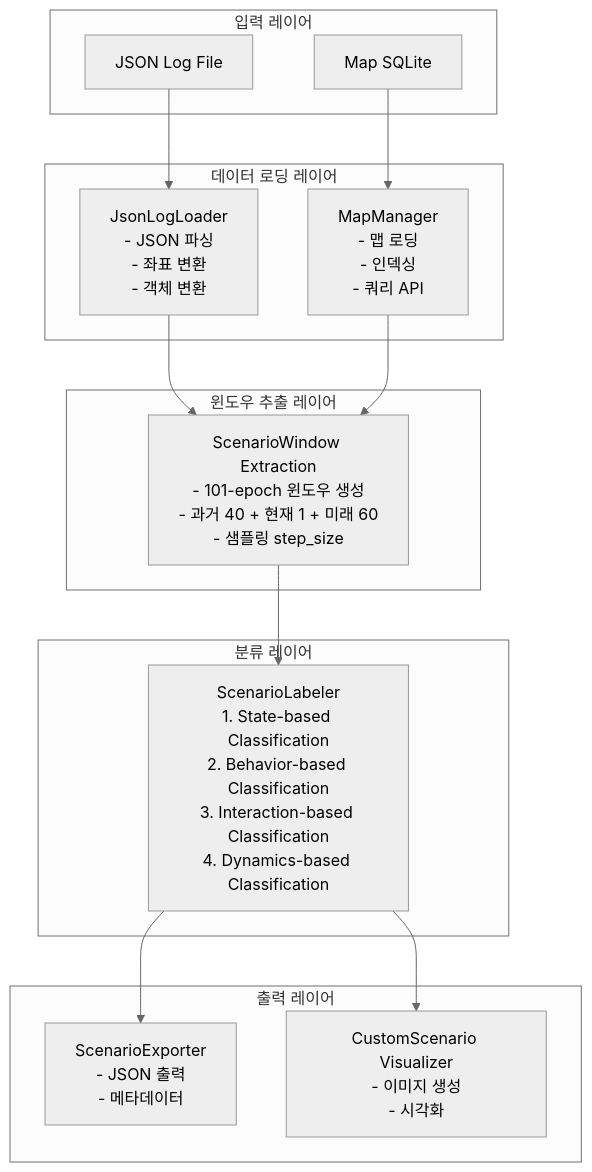
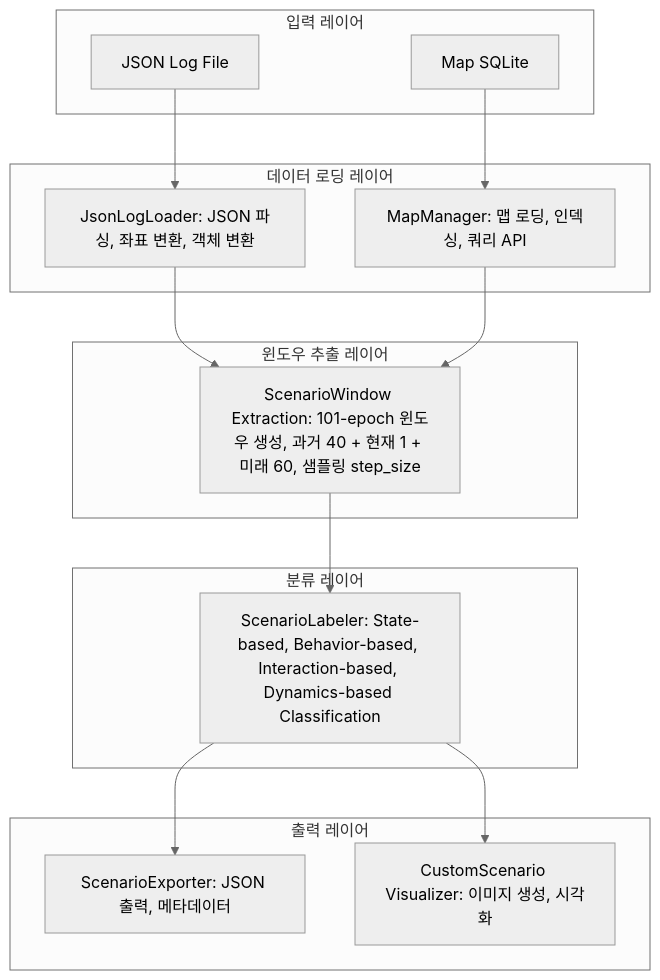
One commit to etri/ad_scenario_classifier changed the first of 9 diagrams in doc/01_architecture.md. Above: the diagram before and after it, drawn with Mermaid (neutral theme). The commit also changed other lines of this file and 5 other files, not shown here.

````diff
--- a/doc/01_architecture.md
+++ b/doc/01_architecture.md
@@ -9,33 +9,33 @@
 ```mermaid
 flowchart TD
     subgraph InputLayer["입력 레이어"]
         A[JSON Log File]
         B[Map SQLite]
     end
     
     subgraph LoadingLayer["데이터 로딩 레이어"]
-        C[JsonLogLoader<br/>- JSON 파싱<br/>- 좌표 변환<br/>- 객체 변환]
-        D[MapManager<br/>- 맵 로딩<br/>- 인덱싱<br/>- 쿼리 API]
+        C["JsonLogLoader: JSON 파싱, 좌표 변환, 객체 변환"]
+        D["MapManager: 맵 로딩, 인덱싱, 쿼리 API"]
     end
     
     subgraph WindowLayer["윈도우 추출 레이어"]
-        E[ScenarioWindow Extraction<br/>- 101-epoch 윈도우 생성<br/>- 과거 40 + 현재 1 + 미래 60<br/>- 샘플링 step_size]
+        E["ScenarioWindow Extraction: 101-epoch 윈도우 생성, 과거 40 + 현재 1 + 미래 60, 샘플링 step_size"]
     end
     
     subgraph ClassificationLayer["분류 레이어"]
-        F[ScenarioLabeler<br/>1. State-based Classification<br/>2. Behavior-based Classification<br/>3. Interaction-based Classification<br/>4. Dynamics-based Classification]
+        F["ScenarioLabeler: State-based, Behavior-based, Interaction-based, Dynamics-based Classification"]
     end
     
     subgraph OutputLayer["출력 레이어"]
-        G[ScenarioExporter<br/>- JSON 출력<br/>- 메타데이터]
-        H[CustomScenario Visualizer<br/>- 이미지 생성<br/>- 시각화]
+        G["ScenarioExporter: JSON 출력, 메타데이터"]
+        H["CustomScenario Visualizer: 이미지 생성, 시각화"]
     end
     
     A --> C
     B --> D
     C --> E
     D --> E
     E --> F
     F --> G
     F --> H
 ```
````
